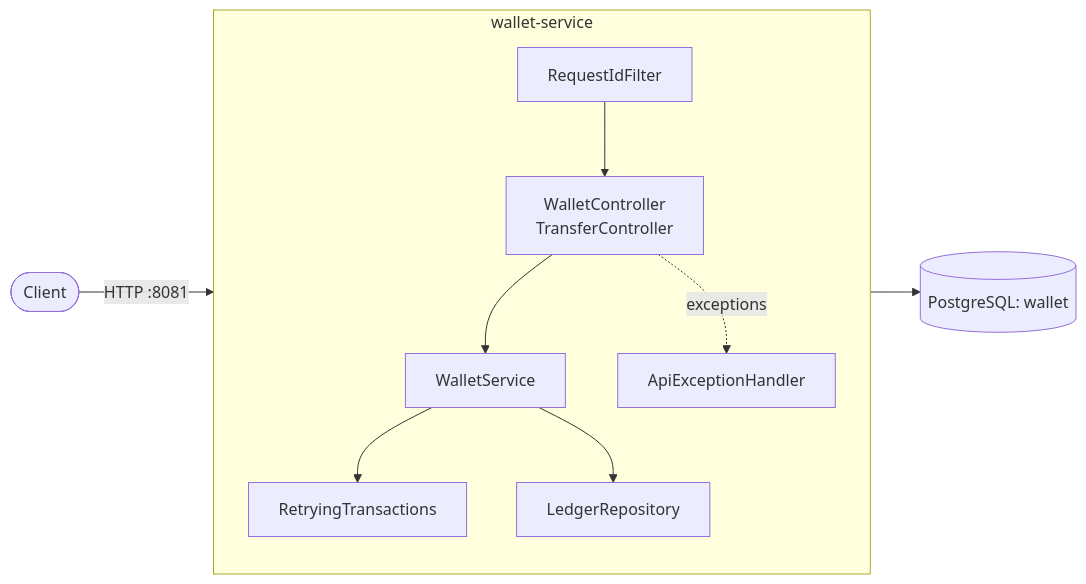
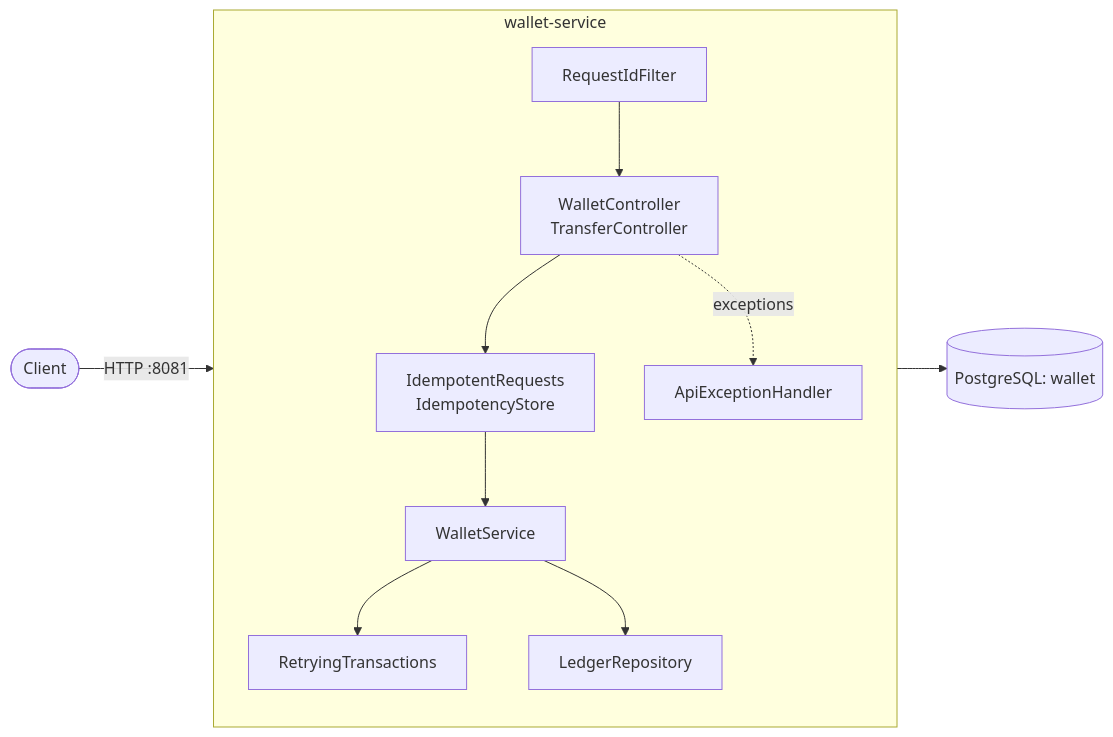
One commit to Aestheticsuraj234/payments-microservices-springboot changed the diagram in docs/architecture.md. Above: the diagram before and after it, drawn with Mermaid. The commit also changed other lines of this file and 28 other files, not shown here.

First line of the commit message:
feat(wallet): idempotency keys for deposits and transfers

````diff
--- a/docs/architecture.md
+++ b/docs/architecture.md
@@ -9,13 +9,14 @@
 ```mermaid
 flowchart LR
     client([Client]) -->|HTTP :8081| wallet
     subgraph wallet[wallet-service]
         direction TB
         f[RequestIdFilter] --> c[WalletController<br/>TransferController]
-        c --> s[WalletService]
+        c --> i[IdempotentRequests<br/>IdempotencyStore]
+        i --> s[WalletService]
         s --> rt[RetryingTransactions]
         s --> r[LedgerRepository]
         c -. exceptions .-> h[ApiExceptionHandler]
     end
     r --> db[(PostgreSQL: wallet)]
 ```
````
